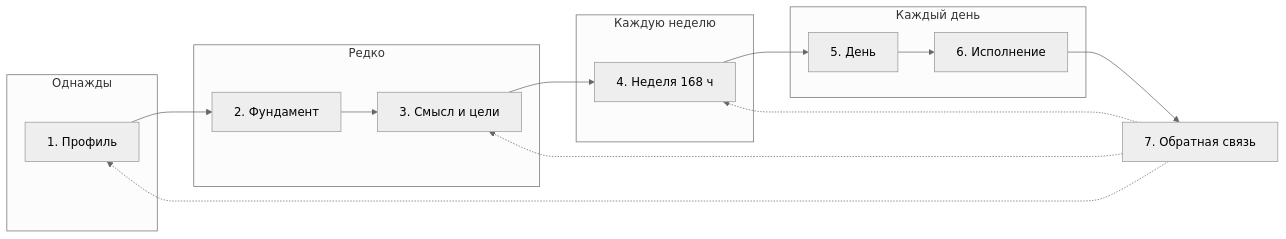
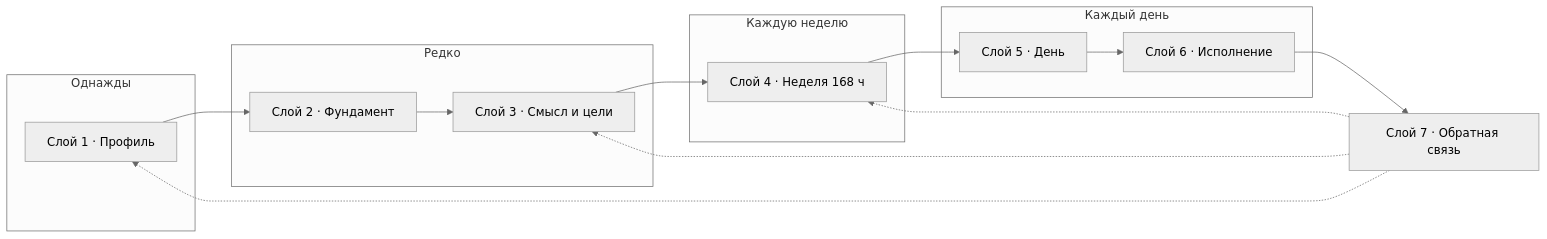
The second of 3 diagrams in REPORT.md (alexander-hdl/MyLIfie), drawn with Mermaid (neutral theme) before and after one commit. The commit also changed other lines of this file, not shown here.

````diff
--- a/REPORT.md
+++ b/REPORT.md
@@ -378,22 +382,22 @@
 ```mermaid
 flowchart LR
     subgraph S1["Однажды"]
-        P["1. Профиль"]
+        P["Слой 1 · Профиль"]
     end
     subgraph S2["Редко"]
-        F["2. Фундамент"]
-        M["3. Смысл и цели"]
+        F["Слой 2 · Фундамент"]
+        M["Слой 3 · Смысл и цели"]
     end
     subgraph S3["Каждую неделю"]
-        W["4. Неделя 168 ч"]
+        W["Слой 4 · Неделя 168 ч"]
     end
     subgraph S4["Каждый день"]
-        D["5. День"]
-        E["6. Исполнение"]
+        D["Слой 5 · День"]
+        E["Слой 6 · Исполнение"]
     end
-    R["7. Обратная связь"]
+    R["Слой 7 · Обратная связь"]
     P --> F --> M --> W --> D --> E --> R
     R -.-> W
     R -.-> M
     R -.-> P
 ```
````
